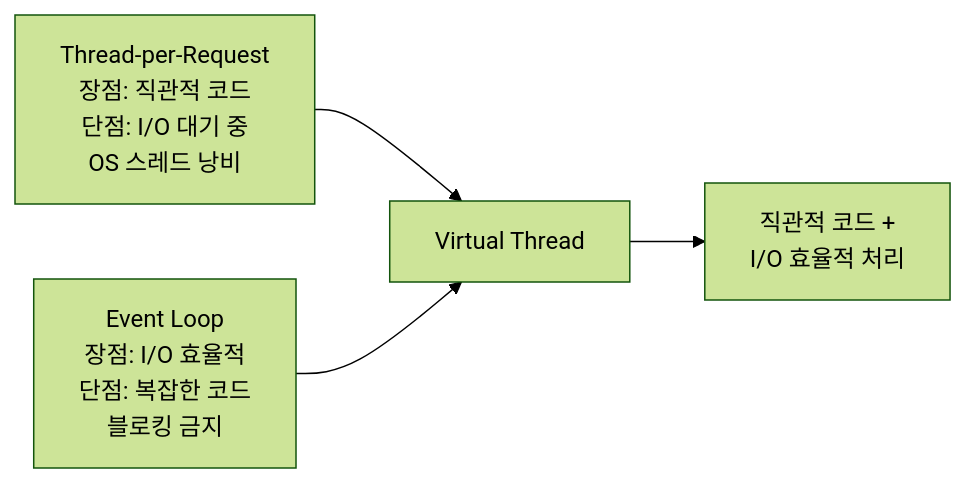
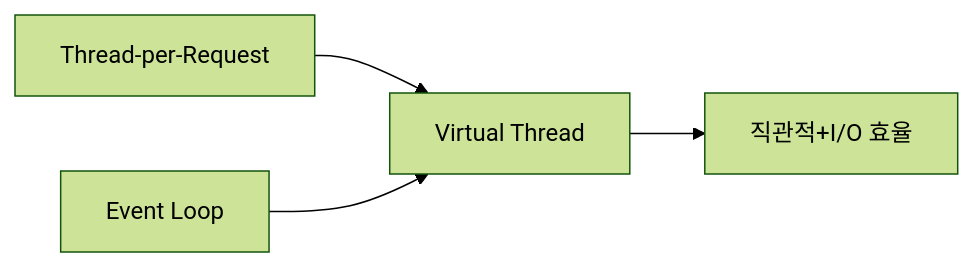
One commit to yjkim2015/yjkim2015.github.io changed the tenth of 12 diagrams in _posts/server/2026-05-01-tomcat-vs-netty.md. Above: the diagram before and after it, drawn with Mermaid (forest theme). The commit also changed other lines of this file and 245 other files, not shown here.

First line of the commit message:
Mermaid 다이어그램 전면 수정 + 면접 포인트 접기/펼치기 + DB 데드락 페이지

````diff
--- a/_posts/server/2026-05-01-tomcat-vs-netty.md
+++ b/_posts/server/2026-05-01-tomcat-vs-netty.md
@@ -394,6 +389,6 @@
 ```mermaid
 graph LR
-    TpR["Thread-per-Request\n장점: 직관적 코드\n단점: I/O 대기 중\nOS 스레드 낭비"] --> VT["Virtual Thread"]
-    EL["Event Loop\n장점: I/O 효율적\n단점: 복잡한 코드\n블로킹 금지"] --> VT
-    VT --> BEST["직관적 코드 +\nI/O 효율적 처리"]
+    TpR["Thread-per-Request"] --> VT["Virtual Thread"]
+    EL["Event Loop"] --> VT
+    VT --> BEST["직관적+I/O 효율"]
 ```
````
